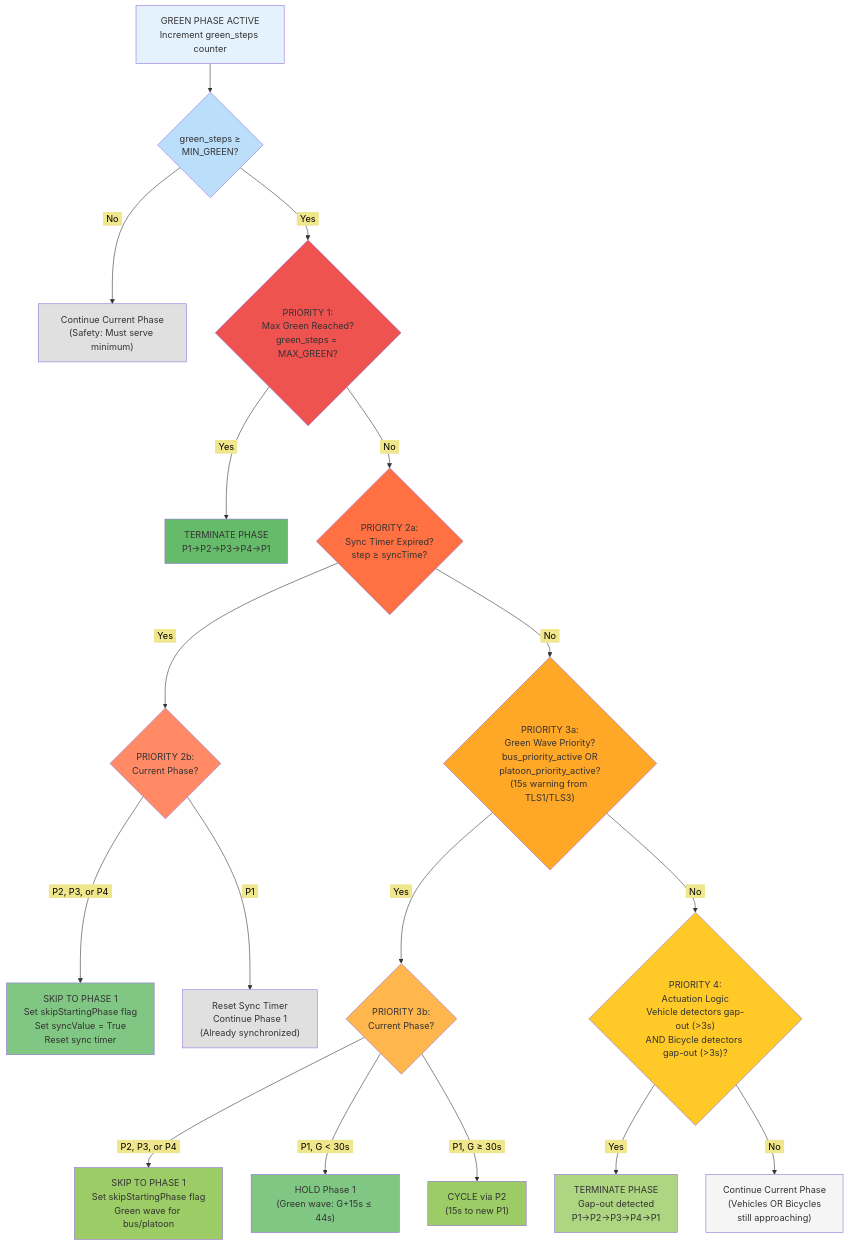
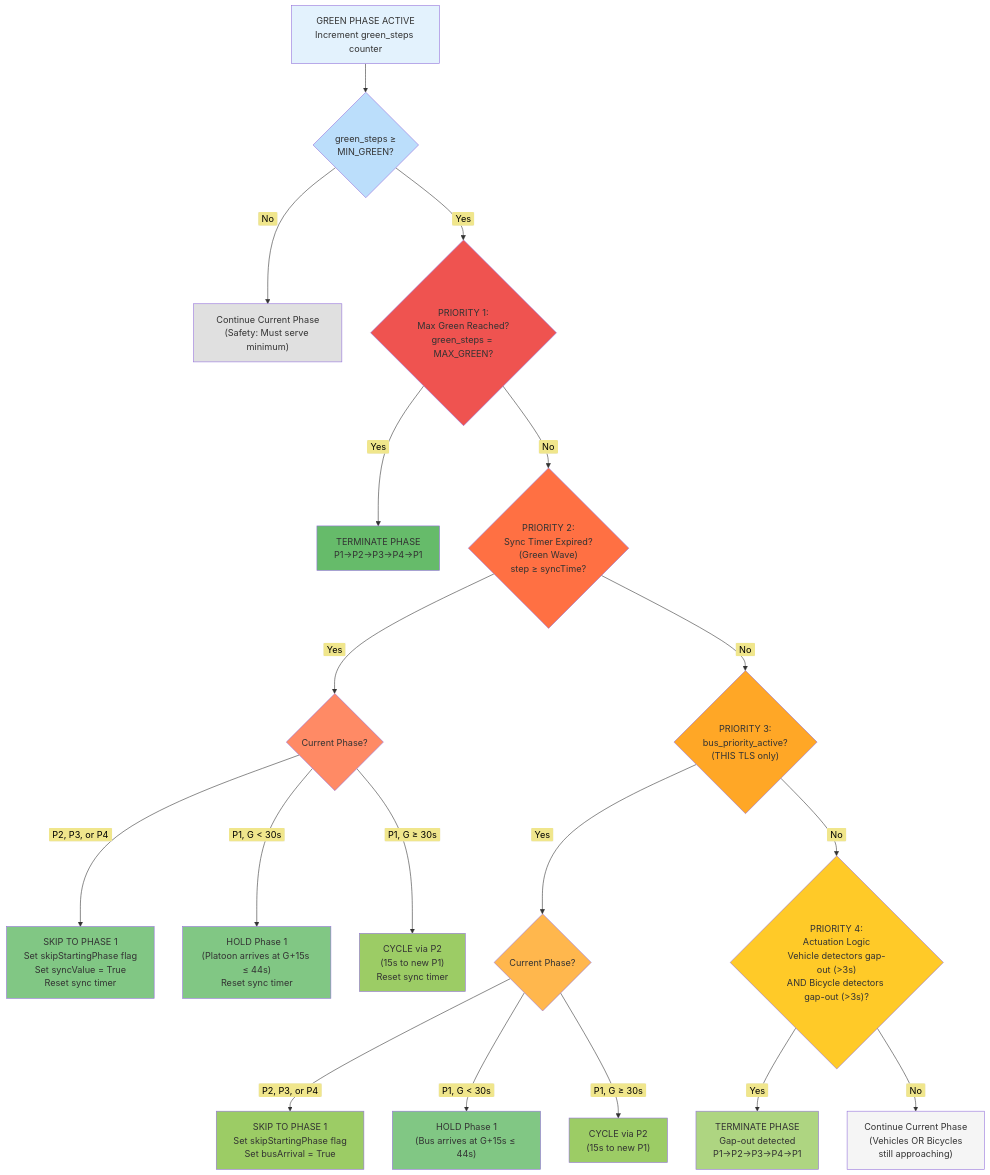
One commit to Chaklader/SignalSyncPro changed the third of 4 diagrams in papers/Rule_Based_Control_DEV.md. Above: the diagram before and after it, drawn with Mermaid. The commit also changed other lines of this file, not shown here.

````diff
--- a/papers/Rule_Based_Control_DEV.md
+++ b/papers/Rule_Based_Control_DEV.md
@@ -501,52 +533,55 @@
 ```mermaid
 flowchart TD
     GreenStart["GREEN PHASE ACTIVE<br>Increment green_steps counter"] --> MinGreenCheck{"green_steps ≥<br>MIN_GREEN?"}
 
     MinGreenCheck -->|<span style='background-color:khaki; color:black; padding:2px 6px; border-radius:3px'>No</span>| Continue0["Continue Current Phase<br>(Safety: Must serve minimum)"]
 
     MinGreenCheck -->|<span style='background-color:khaki; color:black; padding:2px 6px; border-radius:3px'>Yes</span>| Priority1{"PRIORITY 1:<br>Max Green Reached?<br>green_steps = MAX_GREEN?"}
 
     Priority1 -->|<span style='background-color:khaki; color:black; padding:2px 6px; border-radius:3px'>Yes</span>| Action1["TERMINATE PHASE<br>P1→P2→P3→P4→P1"]
 
-    Priority1 -->|<span style='background-color:khaki; color:black; padding:2px 6px; border-radius:3px'>No</span>| Priority2a{"PRIORITY 2a:<br>Sync Timer Expired?<br>step ≥ syncTime?"}
+    Priority1 -->|<span style='background-color:khaki; color:black; padding:2px 6px; border-radius:3px'>No</span>| Priority2a{"PRIORITY 2:<br>Sync Timer Expired?<br>(Green Wave)<br>step ≥ syncTime?"}
 
-    Priority2a -->|<span style='background-color:khaki; color:black; padding:2px 6px; border-radius:3px'>Yes</span>| Priority2b{"PRIORITY 2b:<br>Current Phase?"}
+    Priority2a -->|<span style='background-color:khaki; color:black; padding:2px 6px; border-radius:3px'>Yes</span>| Priority2b{"Current Phase?"}
 
     Priority2b -->|<span style='background-color:khaki; color:black; padding:2px 6px; border-radius:3px'>P2, P3, or P4</span>| Action2["SKIP TO PHASE 1<br>Set skipStartingPhase flag<br>Set syncValue = True<br>Reset sync timer"]
 
-    Priority2b -->|<span style='background-color:khaki; color:black; padding:2px 6px; border-radius:3px'>P1</span>| ContinueSync["Reset Sync Timer<br>Continue Phase 1<br>(Already synchronized)"]
+    Priority2b -->|<span style='background-color:khaki; color:black; padding:2px 6px; border-radius:3px'>P1, G < 30s</span>| ContinueSync["HOLD Phase 1<br>(Platoon arrives at G+15s ≤ 44s)<br>Reset sync timer"]
 
-    Priority2a -->|<span style='background-color:khaki; color:black; padding:2px 6px; border-radius:3px'>No</span>| Priority3a{"PRIORITY 3a:<br>Green Wave Priority?<br>bus_priority_active OR<br>platoon_priority_active?<br>(15s warning from TLS1/TLS3)"}
+    Priority2b -->|<span style='background-color:khaki; color:black; padding:2px 6px; border-radius:3px'>P1, G ≥ 30s</span>| CycleSync["CYCLE via P2<br>(15s to new P1)<br>Reset sync timer"]
 
-    Priority3a -->|<span style='background-color:khaki; color:black; padding:2px 6px; border-radius:3px'>Yes</span>| Priority3b{"PRIORITY 3b:<br>Current Phase?"}
+    Priority2a -->|<span style='background-color:khaki; color:black; padding:2px 6px; border-radius:3px'>No</span>| Priority3a{"PRIORITY 3:<br>bus_priority_active?<br>(THIS TLS only)"}
 
-    Priority3b -->|<span style='background-color:khaki; color:black; padding:2px 6px; border-radius:3px'>P2, P3, or P4</span>| Action3["SKIP TO PHASE 1<br>Set skipStartingPhase flag<br>Green wave for bus/platoon"]
+    Priority3a -->|<span style='background-color:khaki; color:black; padding:2px 6px; border-radius:3px'>Yes</span>| Priority3b{"Current Phase?"}
 
-    Priority3b -->|<span style='background-color:khaki; color:black; padding:2px 6px; border-radius:3px'>P1, G < 30s</span>| ContinueP1["HOLD Phase 1<br>(Green wave: G+15s ≤ 44s)"]
+    Priority3b -->|<span style='background-color:khaki; color:black; padding:2px 6px; border-radius:3px'>P2, P3, or P4</span>| Action3["SKIP TO PHASE 1<br>Set skipStartingPhase flag<br>Set busArrival = True"]
+
+    Priority3b -->|<span style='background-color:khaki; color:black; padding:2px 6px; border-radius:3px'>P1, G < 30s</span>| ContinueP1["HOLD Phase 1<br>(Bus arrives at G+15s ≤ 44s)"]
 
     Priority3b -->|<span style='background-color:khaki; color:black; padding:2px 6px; border-radius:3px'>P1, G ≥ 30s</span>| CycleP1["CYCLE via P2<br>(15s to new P1)"]
 
     Priority3a -->|<span style='background-color:khaki; color:black; padding:2px 6px; border-radius:3px'>No</span>| Priority4{"PRIORITY 4:<br>Actuation Logic<br>Vehicle detectors gap-out (>3s)<br>AND Bicycle detectors gap-out (>3s)?"}
 
     Priority4 -->|<span style='background-color:khaki; color:black; padding:2px 6px; border-radius:3px'>Yes</span>| Action4["TERMINATE PHASE<br>Gap-out detected<br>P1→P2→P3→P4→P1"]
 
     Priority4 -->|<span style='background-color:khaki; color:black; padding:2px 6px; border-radius:3px'>No</span>| Continue2["Continue Current Phase<br>(Vehicles OR Bicycles<br>still approaching)"]
 
     style GreenStart fill:#E3F2FD
     style MinGreenCheck fill:#BBDEFB
     style Priority1 fill:#EF5350
     style Priority2a fill:#FF7043
     style Priority2b fill:#FF8A65
     style Priority3a fill:#FFA726
     style Priority3b fill:#FFB74D
     style Priority4 fill:#FFCA28
     style Action1 fill:#66BB6A
     style Action2 fill:#81C784
     style Action3 fill:#9CCC65
     style Action4 fill:#AED581
-    style ContinueSync fill:#E0E0E0
+    style ContinueSync fill:#81C784
+    style CycleSync fill:#9CCC65
     style ContinueP1 fill:#81C784
     style CycleP1 fill:#9CCC65
     style Continue0 fill:#E0E0E0
     style Continue2 fill:#F5F5F5
 ```
````
